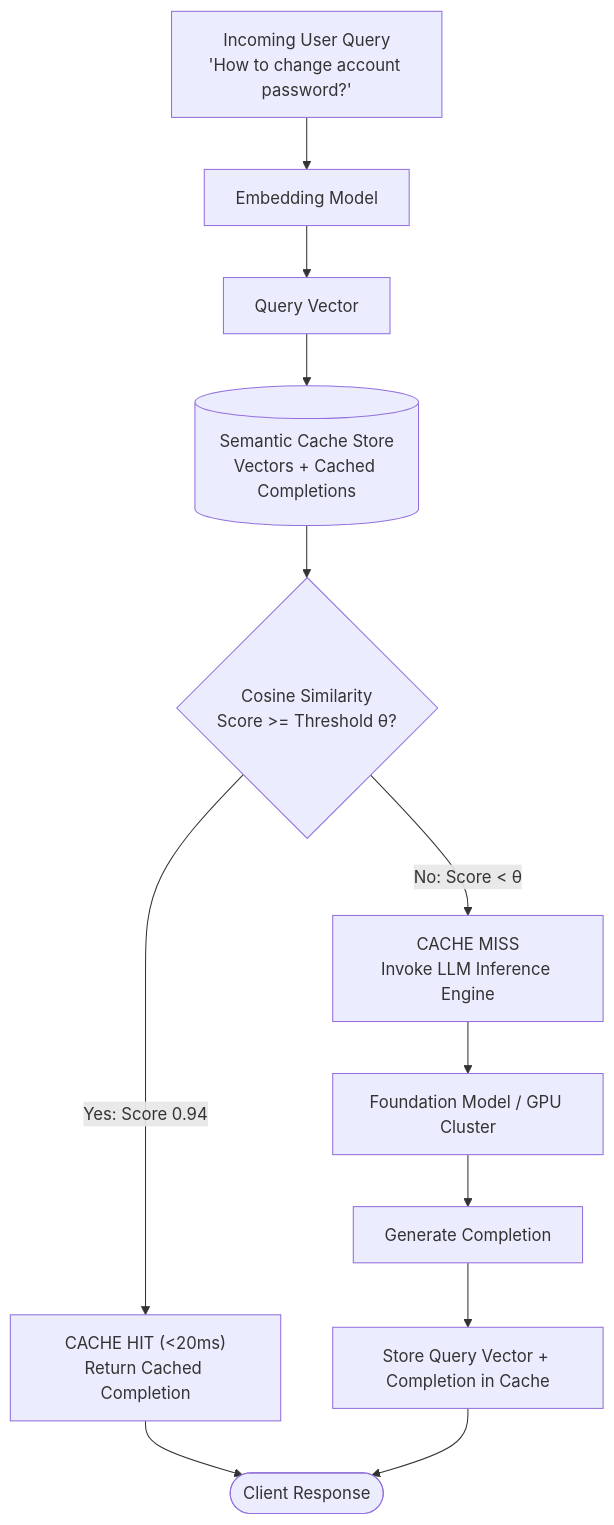
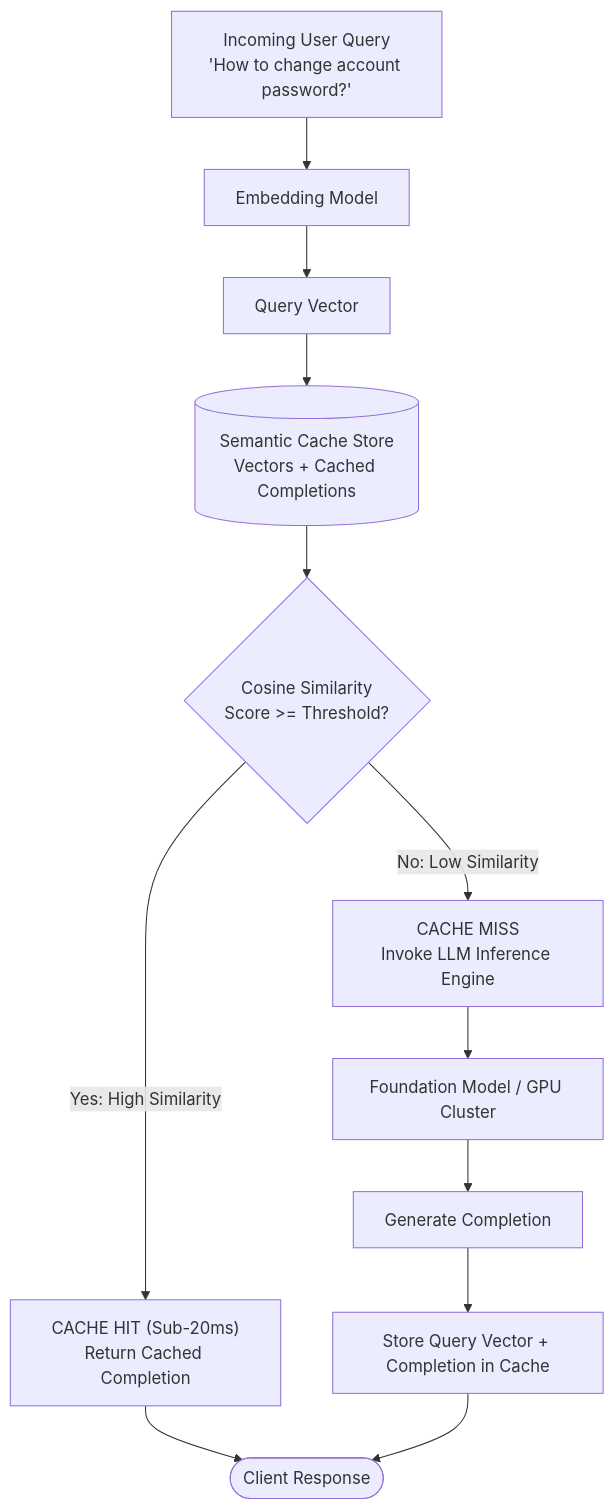
One commit to b-balakrishna/system-design changed the diagram in phase-7-ai-and-ml-systems/topic-24-semantic-caching.md. Above: the diagram before and after it, drawn with Mermaid. The commit also changed 30 other files, not shown here.

Commit message:
feat: add multiple system design architecture guides and deployment configuration

````diff
--- a/phase-7-ai-and-ml-systems/topic-24-semantic-caching.md
+++ b/phase-7-ai-and-ml-systems/topic-24-semantic-caching.md
@@ -11,17 +11,17 @@
 ```mermaid
 flowchart TD
     UserQuery["Incoming User Query<br/>'How to change account password?'"] --> Embed[Embedding Model]
     Embed --> QueryVec[Query Vector]
     QueryVec --> VectorDB[(Semantic Cache Store<br/>Vectors + Cached Completions)]
     
-    VectorDB --> Match{"Cosine Similarity<br/>Score >= Threshold θ?"}
+    VectorDB --> Match{"Cosine Similarity<br/>Score >= Threshold?"}
     
-    Match -->|Yes: Score 0.94| CacheHit["CACHE HIT (<20ms)<br/>Return Cached Completion"]
+    Match -->|"Yes: High Similarity"| CacheHit["CACHE HIT (Sub-20ms)<br/>Return Cached Completion"]
     CacheHit --> Response([Client Response])
     
-    Match -->|No: Score < θ| CacheMiss["CACHE MISS<br/>Invoke LLM Inference Engine"]
+    Match -->|"No: Low Similarity"| CacheMiss["CACHE MISS<br/>Invoke LLM Inference Engine"]
     CacheMiss --> LLM[Foundation Model / GPU Cluster]
     LLM --> Completion[Generate Completion]
     Completion --> StoreCache[Store Query Vector + Completion in Cache]
     StoreCache --> Response
 ```
````
